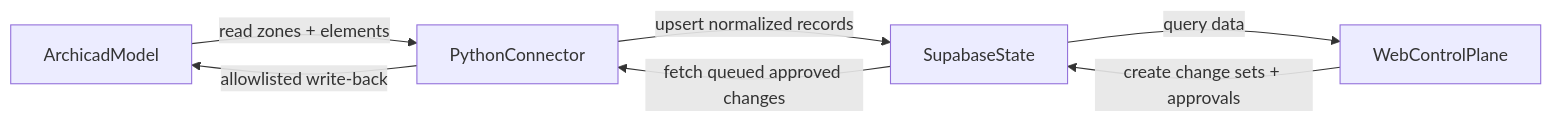
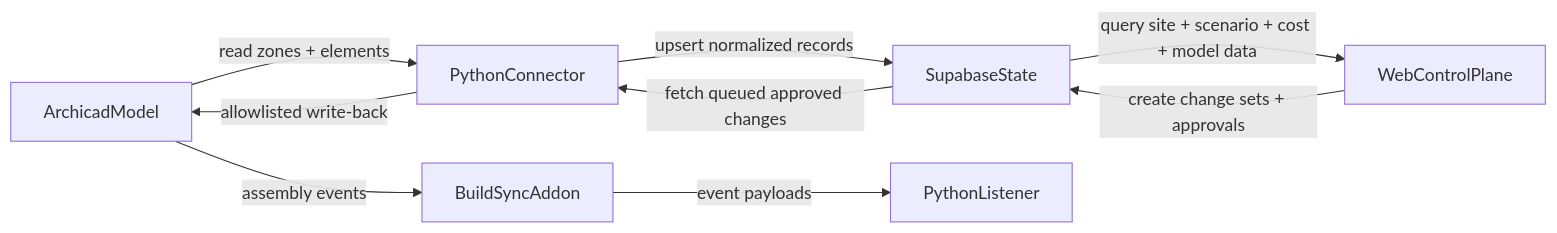
Before and after one commit to benresonance-star/pairing: the diagram in docs/architecture_overview.md, drawn with Mermaid. The commit also changed other lines of this file and 8311 other files, not shown here.

````diff
--- a/docs/architecture_overview.md
+++ b/docs/architecture_overview.md
@@ -84,9 +108,11 @@
 ```mermaid
 flowchart LR
     archicad[ArchicadModel] -->|"read zones + elements"| connector[PythonConnector]
     connector -->|"upsert normalized records"| supabase[SupabaseState]
-    supabase -->|"query data"| web[WebControlPlane]
+    supabase -->|"query site + scenario + cost + model data"| web[WebControlPlane]
     web -->|"create change sets + approvals"| supabase
     supabase -->|"fetch queued approved changes"| connector
     connector -->|"allowlisted write-back"| archicad
+    archicad -->|"assembly events"| buildSync[BuildSyncAddon]
+    buildSync -->|"event payloads"| listener[PythonListener]
 ```
````
